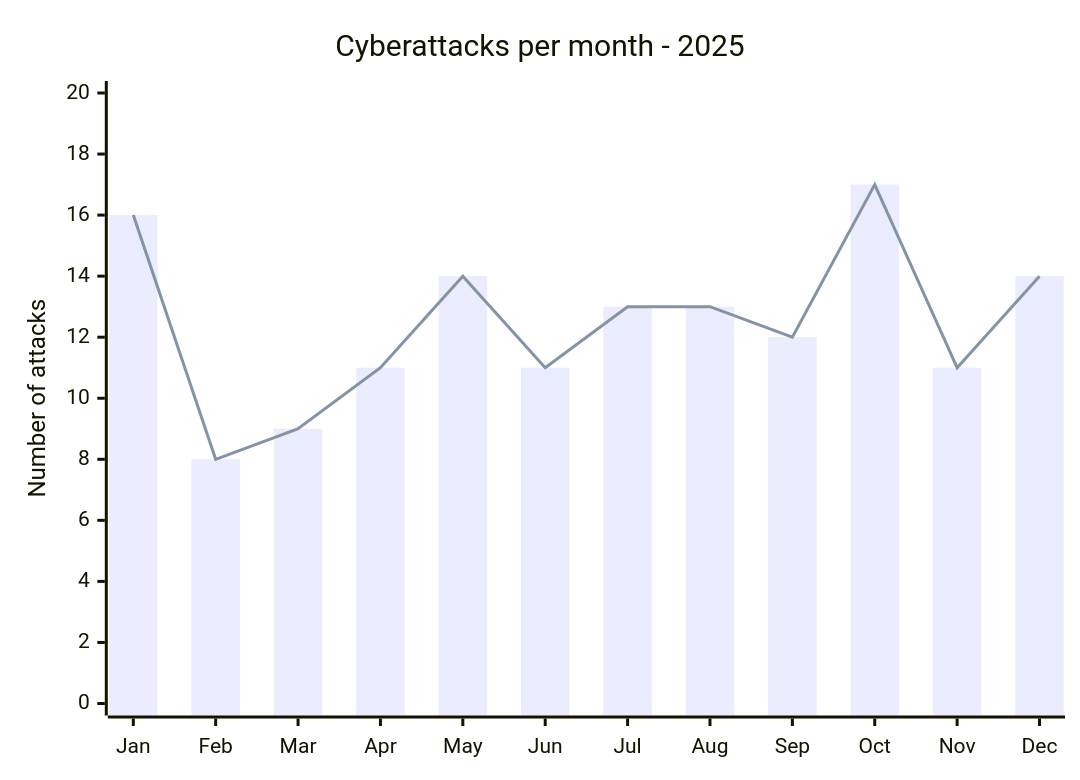
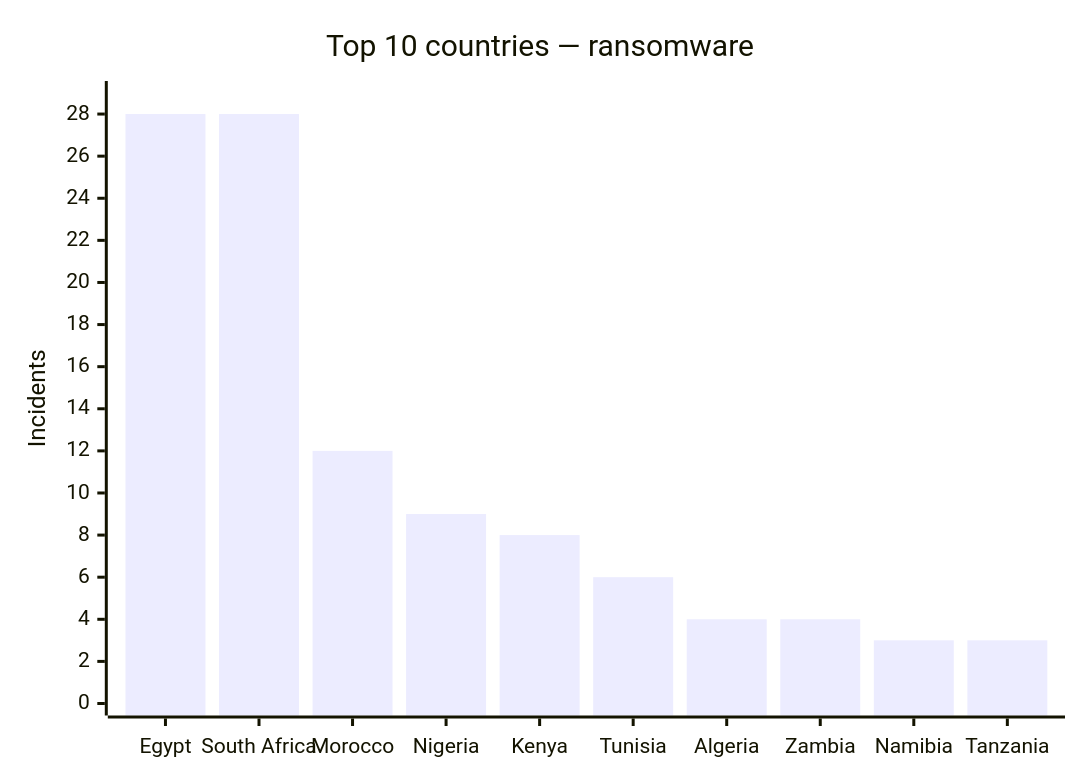
The second of 3 diagrams in CyberAttackAfrica/2025/README.md (Hatchepsoute/AFRINTEL), drawn with Mermaid before and after one commit. The commit also changed other lines of this file and 255 other files, not shown here.

````diff
--- a/CyberAttackAfrica/2025/README.md
+++ b/CyberAttackAfrica/2025/README.md
@@ -31,8 +253,7 @@
 ```mermaid
 xychart-beta
-    title "Cyberattacks per month - 2025"
-    x-axis ["Jan", "Feb", "Mar", "Apr", "May", "Jun", "Jul", "Aug", "Sep", "Oct", "Nov", "Dec"]
-    y-axis "Number of attacks" 0 --> 20
-    bar [16, 8, 9, 11, 14, 11, 13, 13, 12, 17, 11, 14]
-    line [16, 8, 9, 11, 14, 11, 13, 13, 12, 17, 11, 14]
+    title "Top 10 countries — ransomware"
+    x-axis ["Egypt", "South Africa", "Morocco", "Nigeria", "Kenya", "Tunisia", "Algeria", "Zambia", "Namibia", "Tanzania"]
+    y-axis "Incidents" 0 --> 29
+    bar [28, 28, 12, 9, 8, 6, 4, 4, 3, 3]
 ```
````
